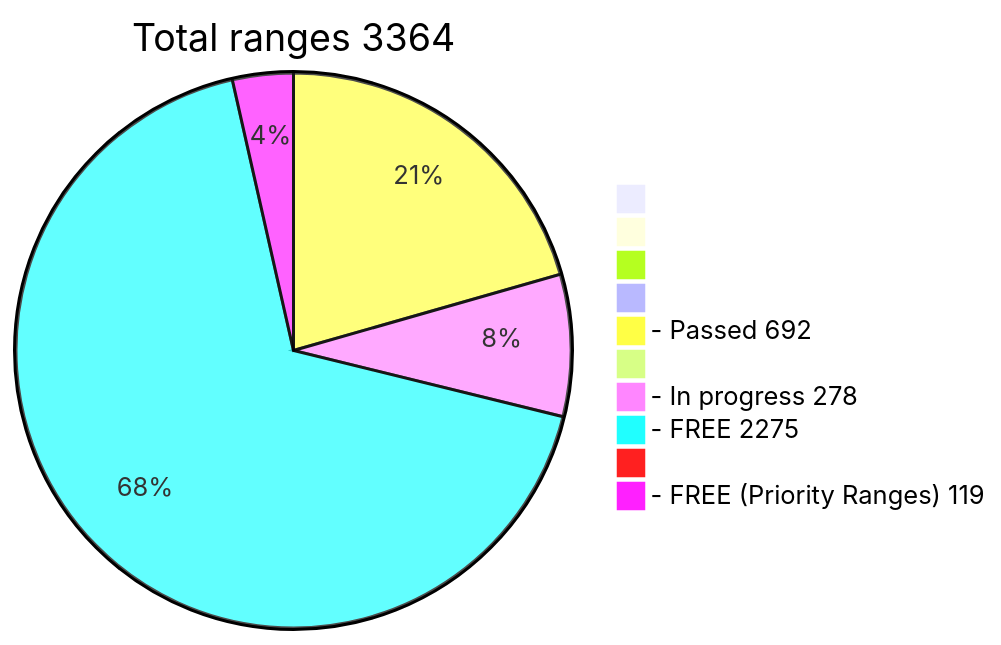
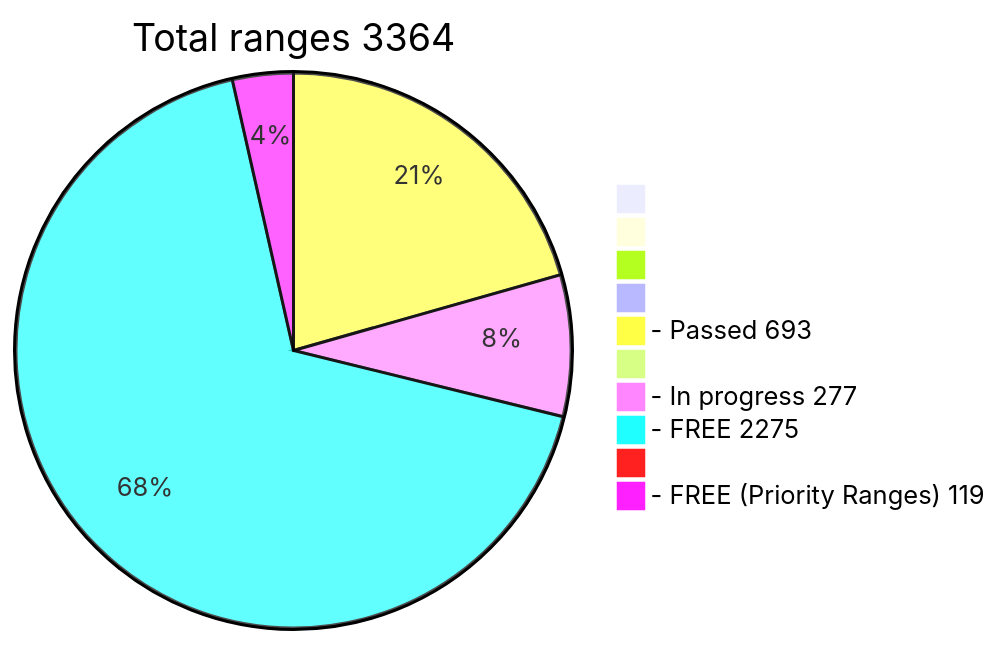
The diagram in README.md (phrutis/wif500), drawn with Mermaid before and after one commit.

````diff
--- a/README.md
+++ b/README.md
@@ -16,13 +16,13 @@
 ```mermaid
 pie title Total ranges 3364
              " " : 0
             "  " : 0
            "   " : 0
           "    " : 0
-  "- Passed 692" : 692
+  "- Passed 693" : 693
          "     " : 0
-  "- In progress 278" : 278
+  "- In progress 277" : 277
    "- FREE 2275" : 2275
         "      " : 0
   "- FREE (Priority Ranges) 119" : 119
 ```
````
